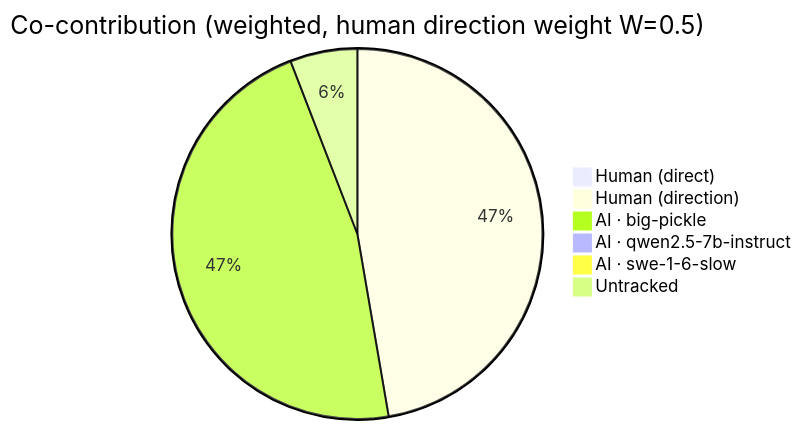
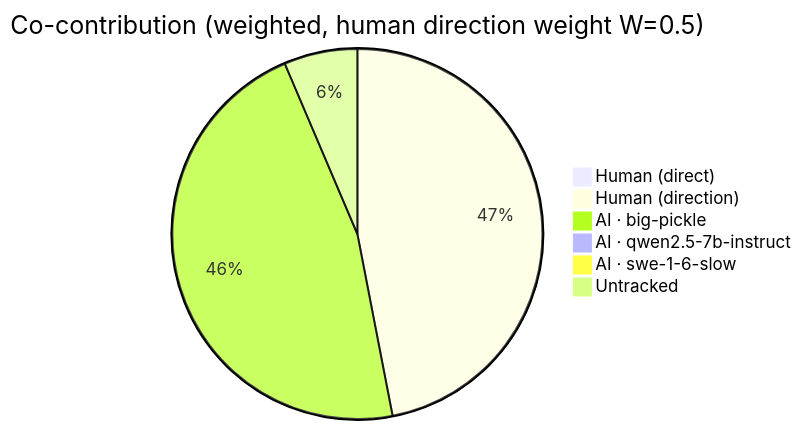
One commit to CaliMark/game-of-life changed the first of 5 diagrams in AI-AUTHORSHIP.md. Above: the diagram before and after it, drawn with Mermaid. The commit also changed other lines of this file and 1 other file, not shown here.

````diff
--- a/AI-AUTHORSHIP.md
+++ b/AI-AUTHORSHIP.md
@@ -23,9 +23,9 @@
 ```mermaid
 pie title Co-contribution (weighted, human direction weight W=0.5)
     "Human (direct)" : 1
-    "Human (direction)" : 306
-    "AI · big-pickle" : 303
+    "Human (direction)" : 293
+    "AI · big-pickle" : 291
     "AI · qwen2.5-7b-instruct" : 1
     "AI · swe-1-6-slow" : 1
-    "Untracked" : 38
+    "Untracked" : 40
 ```
````
